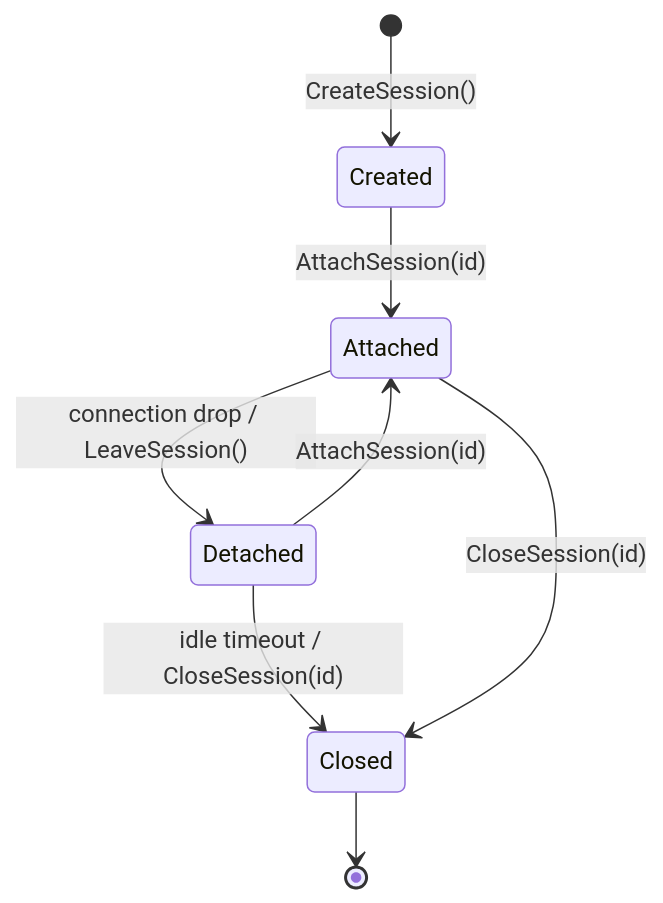
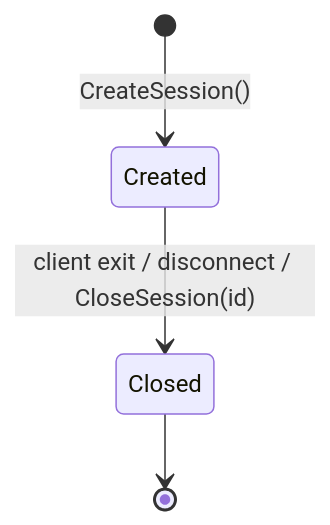
Before and after one commit to Yeti47/BluKube: the third of 7 diagrams in doc/server-design.md, drawn with Mermaid. The commit also changed other lines of this file and 18 other files, not shown here.

````diff
--- a/doc/server-design.md
+++ b/doc/server-design.md
@@ -186,10 +186,6 @@
 ```mermaid
 stateDiagram-v2
     [*] --> Created: CreateSession()
-    Created --> Attached: AttachSession(id)
-    Attached --> Detached: connection drop / LeaveSession()
-    Detached --> Attached: AttachSession(id)
-    Detached --> Closed: idle timeout / CloseSession(id)
-    Attached --> Closed: CloseSession(id)
+    Created --> Closed: client exit / disconnect / CloseSession(id)
     Closed --> [*]
 ```
````
